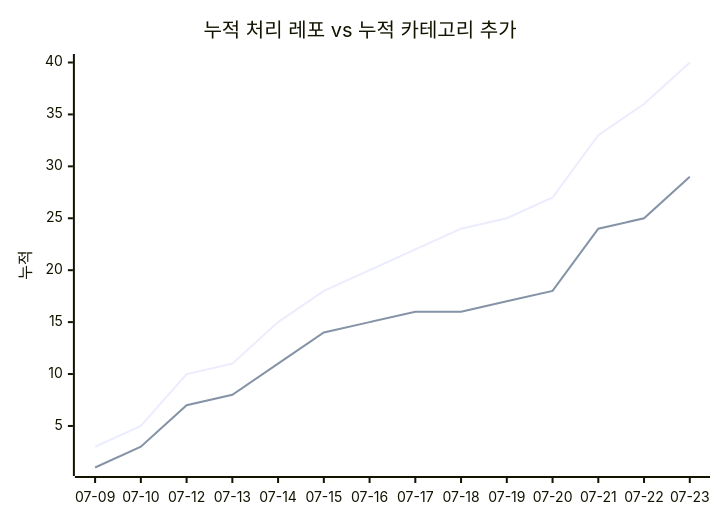
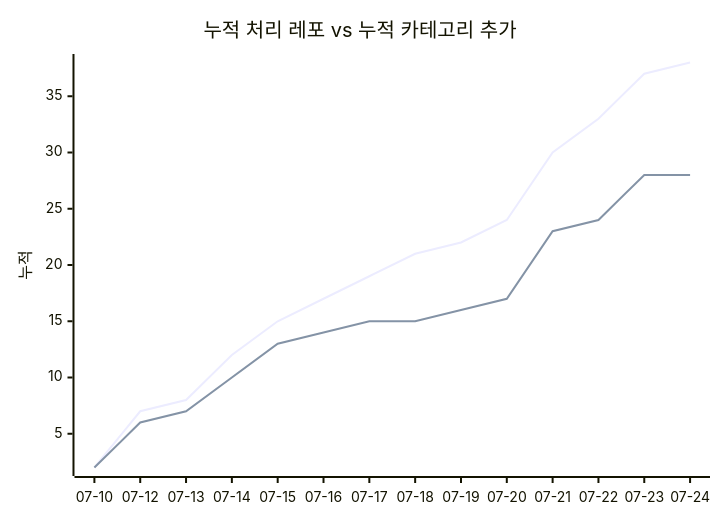
The second of 2 diagrams in docs/trends.md (J-nowcow/awesome-korean-agent-skills), drawn with Mermaid before and after one commit. The commit also changed other lines of this file and 2 other files, not shown here.

````diff
--- a/docs/trends.md
+++ b/docs/trends.md
@@ -68,8 +68,8 @@
 ```mermaid
 xychart-beta
     title "누적 처리 레포 vs 누적 카테고리 추가"
-    x-axis ["07-09","07-10","07-12","07-13","07-14","07-15","07-16","07-17","07-18","07-19","07-20","07-21","07-22","07-23"]
+    x-axis ["07-10","07-12","07-13","07-14","07-15","07-16","07-17","07-18","07-19","07-20","07-21","07-22","07-23","07-24"]
     y-axis "누적"
-    line [3,5,10,11,15,18,20,22,24,25,27,33,36,40]
-    line [1,3,7,8,11,14,15,16,16,17,18,24,25,29]
+    line [2,7,8,12,15,17,19,21,22,24,30,33,37,38]
+    line [2,6,7,10,13,14,15,15,16,17,23,24,28,28]
 ```
````
